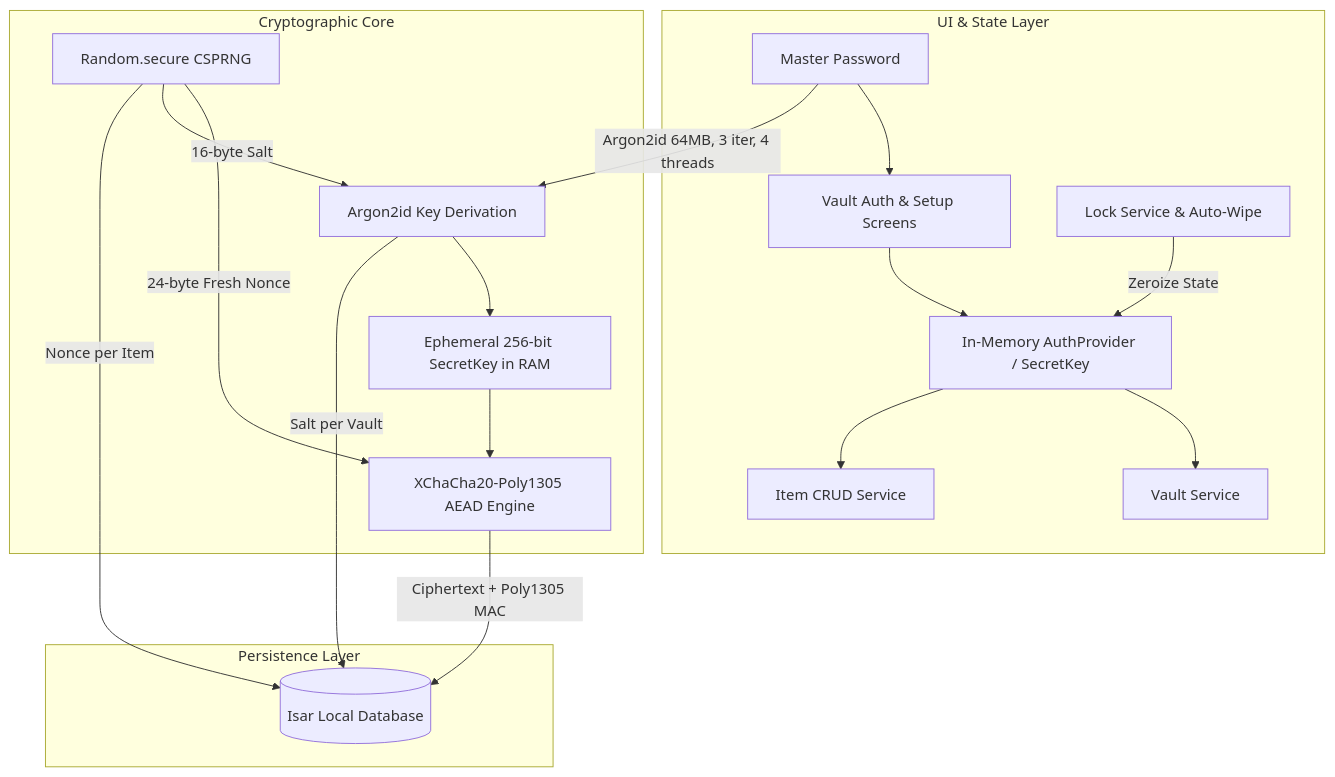
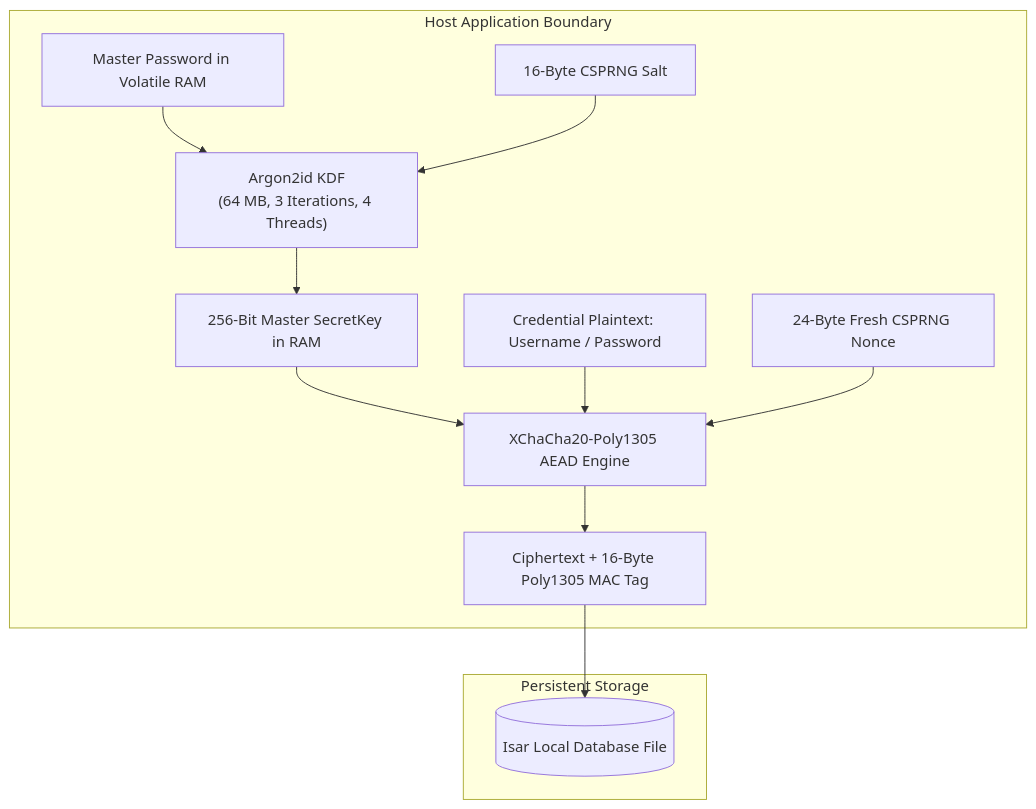
The diagram in content/projects/firewood.md (yahyaoncloud/yahyaoncloud-1), drawn with Mermaid before and after one commit. The commit also changed other lines of this file and 31 other files, not shown here.

````diff
--- a/content/projects/firewood.md
+++ b/content/projects/firewood.md
@@ -33,24 +43,29 @@
 ```mermaid
-graph TD
-    subgraph UI & State Layer
-        User[Master Password] --> AuthScreen[Vault Auth & Setup Screens]
-        AuthScreen --> Riverpod[In-Memory AuthProvider / SecretKey]
-        Riverpod --> VaultService[Vault Service]
-        Riverpod --> ItemService[Item CRUD Service]
-        LockService[Lock Service & Auto-Wipe] -->|Zeroize State| Riverpod
+flowchart TD
+    subgraph Host Application Boundary
+        MasterPassword[Master Password in Volatile RAM]
+        Salt[16-Byte CSPRNG Salt]
+        
+        KDF["Argon2id KDF\n(64 MB, 3 Iterations, 4 Threads)"]
+        SecretKey[256-Bit Master SecretKey in RAM]
+        
+        ItemPlaintext[Credential Plaintext: Username / Password]
+        Nonce[24-Byte Fresh CSPRNG Nonce]
+        
+        AEAD["XChaCha20-Poly1305 AEAD Engine"]
+        Ciphertext["Ciphertext + 16-Byte Poly1305 MAC Tag"]
     end
 
-    subgraph Cryptographic Core
-        User -->|Argon2id 64MB, 3 iter, 4 threads| KDF[Argon2id Key Derivation]
-        KDF --> SecretKey[Ephemeral 256-bit SecretKey in RAM]
-        SecretKey --> AEAD[XChaCha20-Poly1305 AEAD Engine]
-        CSPRNG[Random.secure CSPRNG] -->|24-byte Fresh Nonce| AEAD
-        CSPRNG -->|16-byte Salt| KDF
+    subgraph Persistent Storage
+        DiskDB[(Isar Local Database File)]
     end
 
-    subgraph Persistence Layer
-        AEAD -->|Ciphertext + Poly1305 MAC| Isar[(Isar Local Database)]
-        CSPRNG -->|Nonce per Item| Isar
-        KDF -->|Salt per Vault| Isar
-    end
+    MasterPassword --> KDF
+    Salt --> KDF
+    KDF --> SecretKey
+    SecretKey --> AEAD
+    ItemPlaintext --> AEAD
+    Nonce --> AEAD
+    AEAD --> Ciphertext
+    Ciphertext --> DiskDB
 ```
````
